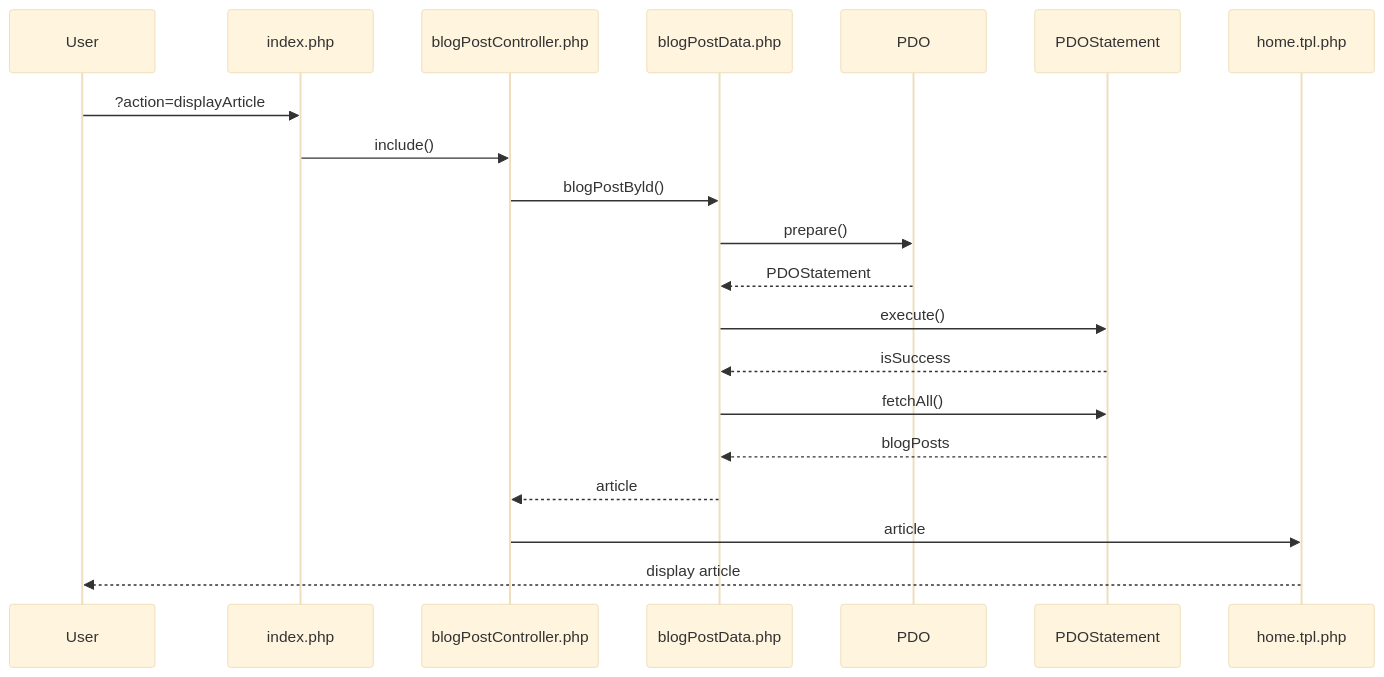
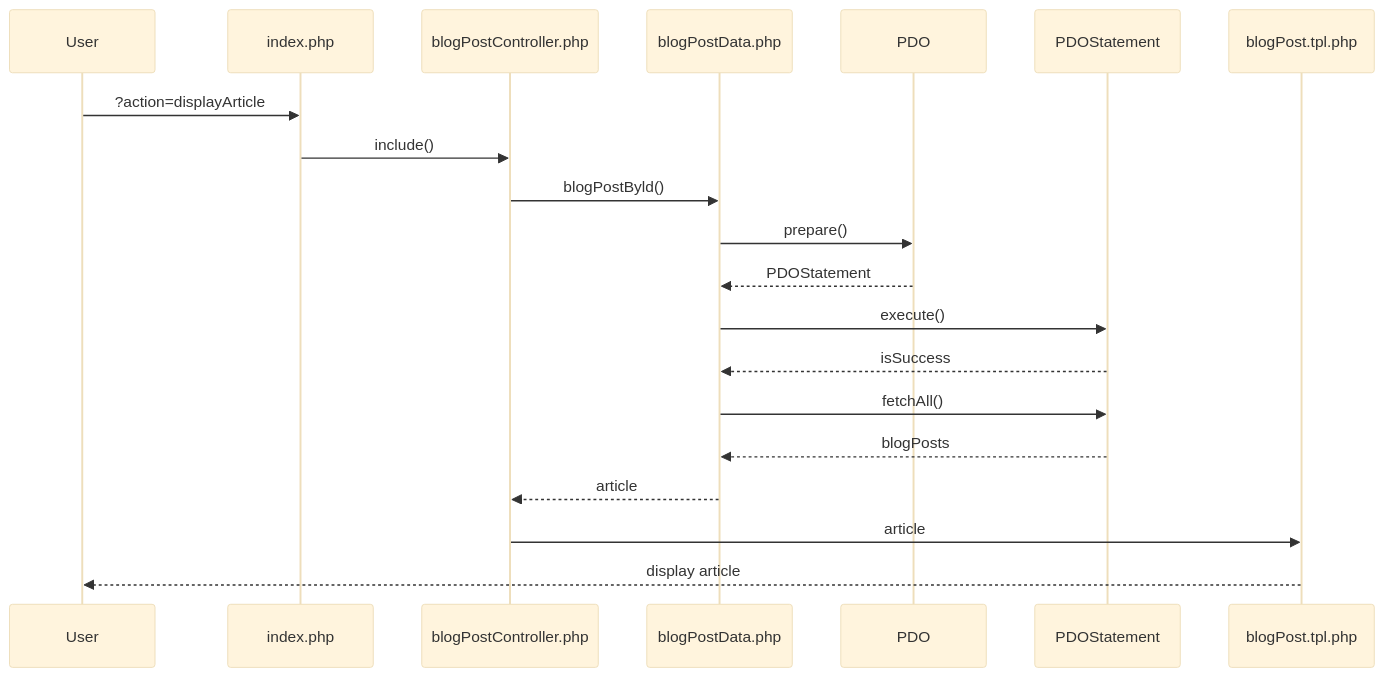
Before and after one commit to jonathan-luscap/blog: the third of 4 diagrams in doc/diagramme.md, drawn with Mermaid (base theme). The commit also changed other lines of this file and 9 other files, not shown here.

Commit message:
user peut créer un article

````diff
--- a/doc/diagramme.md
+++ b/doc/diagramme.md
@@ -28,15 +30,15 @@
 ```mermaid
 sequenceDiagram
 User->>index.php: ?action=displayArticle
 index.php->>blogPostController.php: include()
 blogPostController.php->>blogPostData.php: blogPostByld()
 blogPostData.php->>PDO: prepare()
 PDO-->>blogPostData.php: PDOStatement
 blogPostData.php->>PDOStatement: execute()
 PDOStatement-->>blogPostData.php: isSuccess
 blogPostData.php->>PDOStatement: fetchAll()
 PDOStatement-->>blogPostData.php: blogPosts
 blogPostData.php-->>blogPostController.php: article
-blogPostController.php->>home.tpl.php: article
-home.tpl.php-->>User: display article
+blogPostController.php->>blogPost.tpl.php: article
+blogPost.tpl.php-->>User: display article
 ```
````
